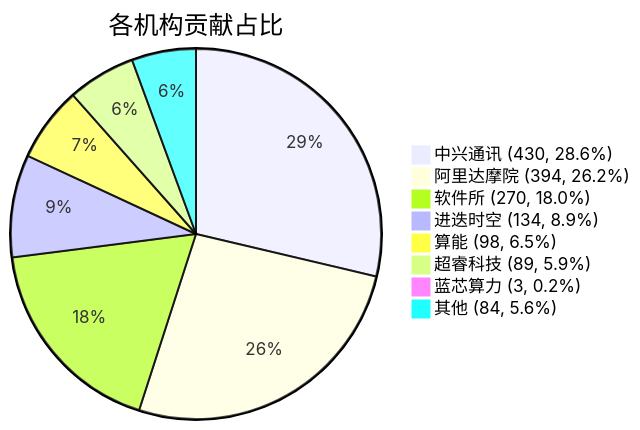
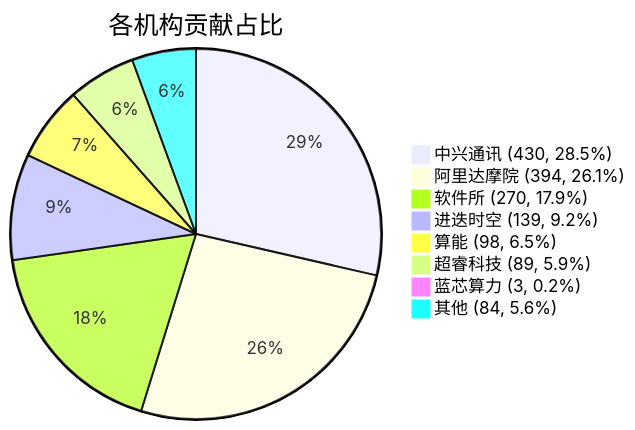
The diagram in docs/index.md (RVCK-Project/rvck), drawn with Mermaid before and after one commit. The commit also changed other lines of this file and 23 other files, not shown here.

````diff
--- a/docs/index.md
+++ b/docs/index.md
@@ -40,11 +40,11 @@
 ```mermaid
 pie title 各机构贡献占比
-    "中兴通讯 (430, 28.6%)" : 430
-    "阿里达摩院 (394, 26.2%)" : 394
-    "软件所 (270, 18.0%)" : 270
-    "进迭时空 (134, 8.9%)" : 134
+    "中兴通讯 (430, 28.5%)" : 430
+    "阿里达摩院 (394, 26.1%)" : 394
+    "软件所 (270, 17.9%)" : 270
+    "进迭时空 (139, 9.2%)" : 139
     "算能 (98, 6.5%)" : 98
     "超睿科技 (89, 5.9%)" : 89
     "蓝芯算力 (3, 0.2%)" : 3
     "其他 (84, 5.6%)" : 84
 ```
````
